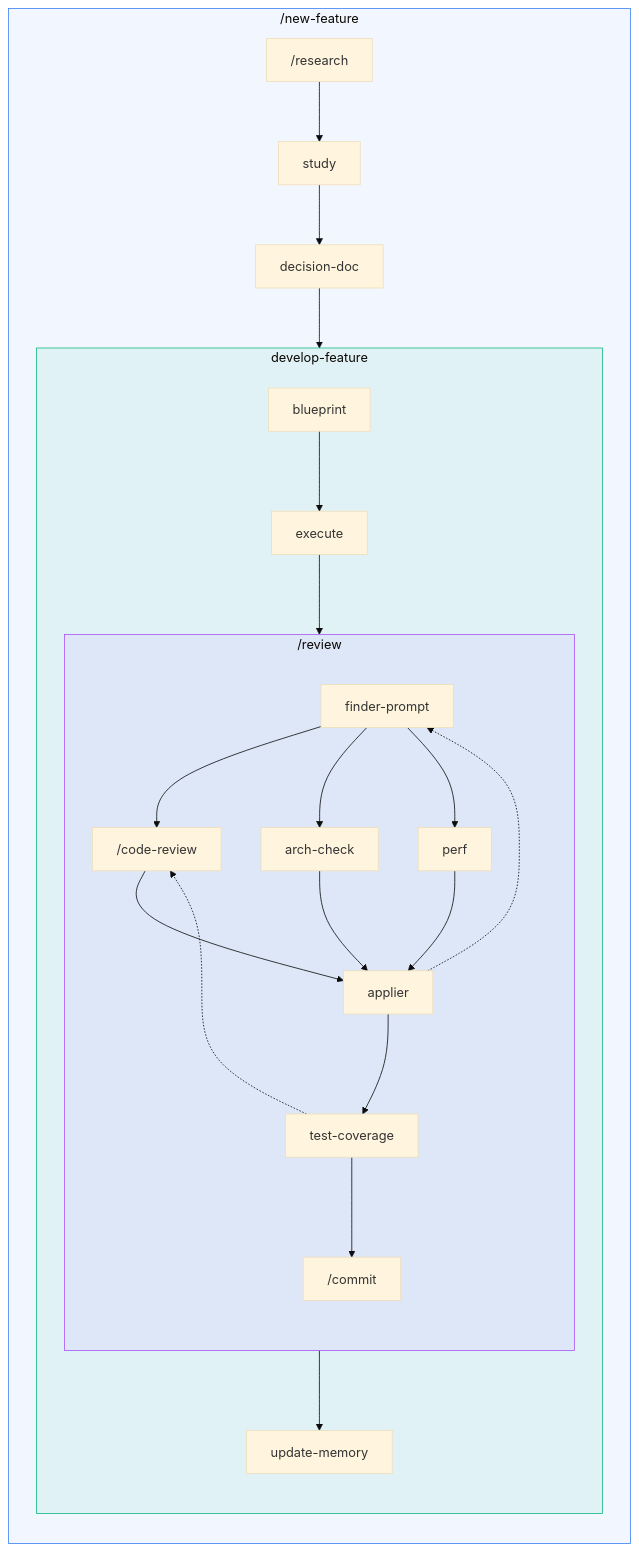
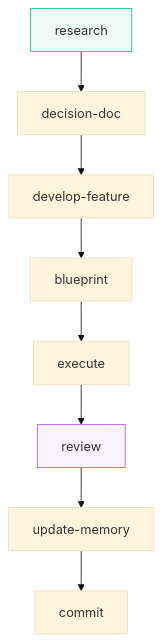
One commit to NicolaTomasoni/daiku changed the first of 2 diagrams in plugins/daiku/README.md. Above: the diagram before and after it, drawn with Mermaid (base theme). The commit also changed other lines of this file and 53 other files, not shown here.

````diff
--- a/plugins/daiku/README.md
+++ b/plugins/daiku/README.md
@@ -144,34 +106,13 @@
 ```mermaid
 flowchart TD
-    subgraph NF["/new-feature"]
-        direction TB
-        rs["/research"] --> st["study"] --> dd["decision-doc"]
+    RS["research"] --> DD["decision-doc"]
+    DD --> DF["develop-feature"]
+    DF --> BP["blueprint"]
+    BP --> EX["execute"]
+    EX --> RV["review"]
+    RV --> UM["update-memory"]
+    UM --> CM["commit"]
 
-        subgraph DF["develop-feature"]
-            direction TB
-            bp["blueprint"] --> ex["execute"]
-
-            subgraph RV["/review"]
-                direction TB
-                fp["finder-prompt"] --> cr["/code-review"]
-                fp --> ac["arch-check"]
-                fp --> pf["perf"]
-                cr --> ap["applier"]
-                ac --> ap
-                pf --> ap
-                ap --> tc["test-coverage"] --> cm["/commit"]
-                ap -.-> fp
-                tc -.-> cr
-            end
-
-            ex --> fp
-            cm --> um["update-memory"]
-        end
-
-        dd --> bp
-    end
-
-    style NF fill:#3b82f612,stroke:#3b82f6
-    style DF fill:#10b98112,stroke:#10b981
+    style RS fill:#10b98112,stroke:#10b981
     style RV fill:#a855f712,stroke:#a855f7
 ```
````
